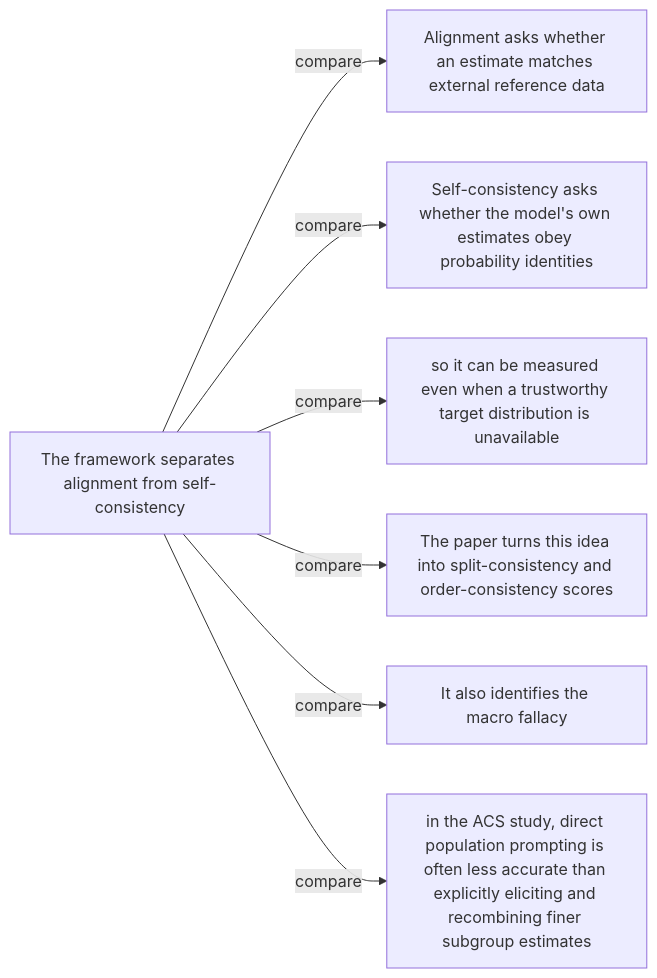
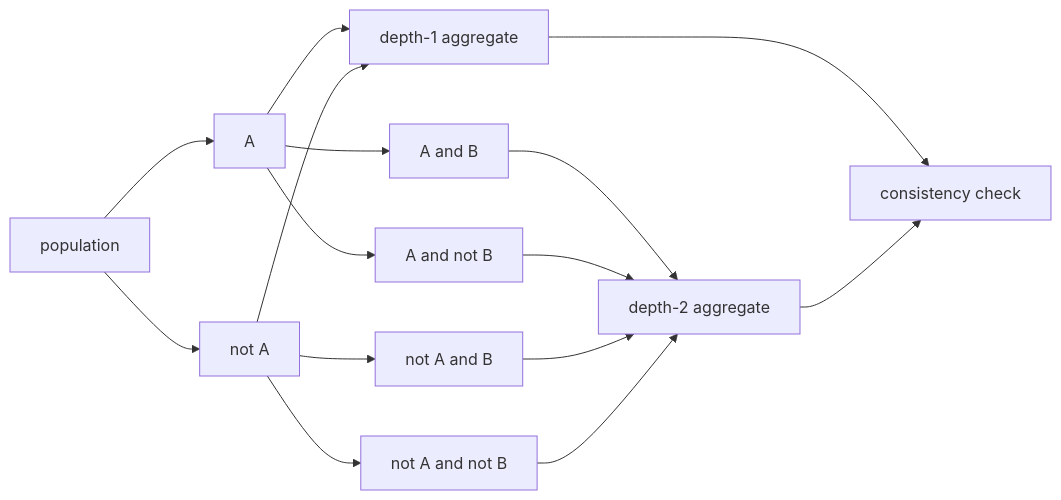
The first of 3 diagrams in docs/visual-manifests/VISUAL_MANIFEST_PARTITION_PROMPT_AGGREGATE.md (Betancourt1/paper_atlas), drawn with Mermaid before and after one commit. The commit also changed other lines of this file and 52 other files, not shown here.

````diff
--- a/docs/visual-manifests/VISUAL_MANIFEST_PARTITION_PROMPT_AGGREGATE.md
+++ b/docs/visual-manifests/VISUAL_MANIFEST_PARTITION_PROMPT_AGGREGATE.md
@@ -703,16 +190,27 @@
 ```mermaid
 flowchart LR
-  n1["The framework separates alignment from self-consistency"]
-  n2["Alignment asks whether an estimate matches external reference data"]
-  n3["Self-consistency asks whether the model's own estimates obey probability identities"]
-  n4["so it can be measured even when a trustworthy target distribution is unavailable"]
-  n5["The paper turns this idea into split-consistency and order-consistency scores"]
-  n6["It also identifies the macro fallacy"]
-  n7["in the ACS study, direct population prompting is often less accurate than explicitly eliciting and recombining finer subgroup estimates"]
-  n1 -->|"compare"| n2
-  n1 -->|"compare"| n3
-  n1 -->|"compare"| n4
-  n1 -->|"compare"| n5
-  n1 -->|"compare"| n6
-  n1 -->|"compare"| n7
+  n0["population"]
+  n1["A"]
+  n2["not A"]
+  n3["A and B"]
+  n4["A and not B"]
+  n5["not A and B"]
+  n6["not A and not B"]
+  n7["depth-1 aggregate"]
+  n8["depth-2 aggregate"]
+  n9["consistency check"]
+  n0 --> n1
+  n0 --> n2
+  n1 --> n3
+  n1 --> n4
+  n2 --> n5
+  n2 --> n6
+  n1 --> n7
+  n2 --> n7
+  n3 --> n8
+  n4 --> n8
+  n5 --> n8
+  n6 --> n8
+  n7 --> n9
+  n8 --> n9
 ```
````
